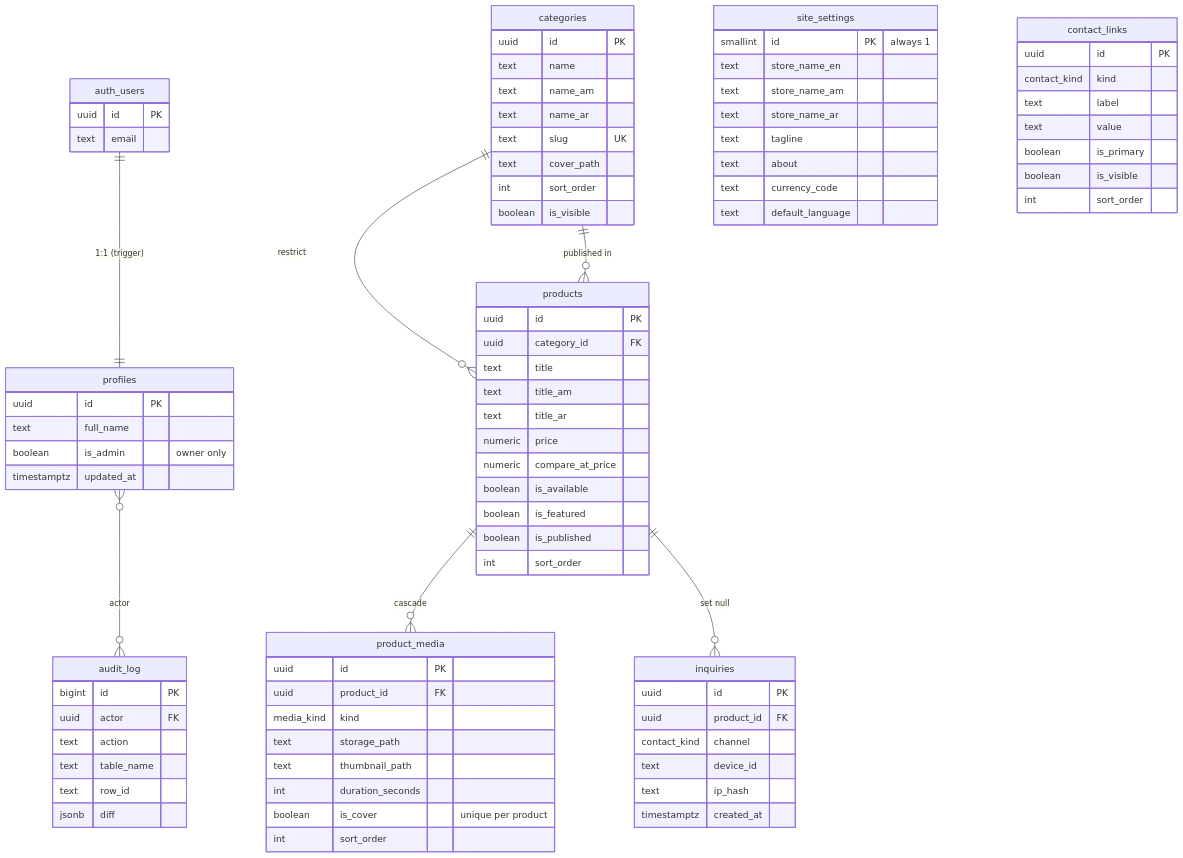
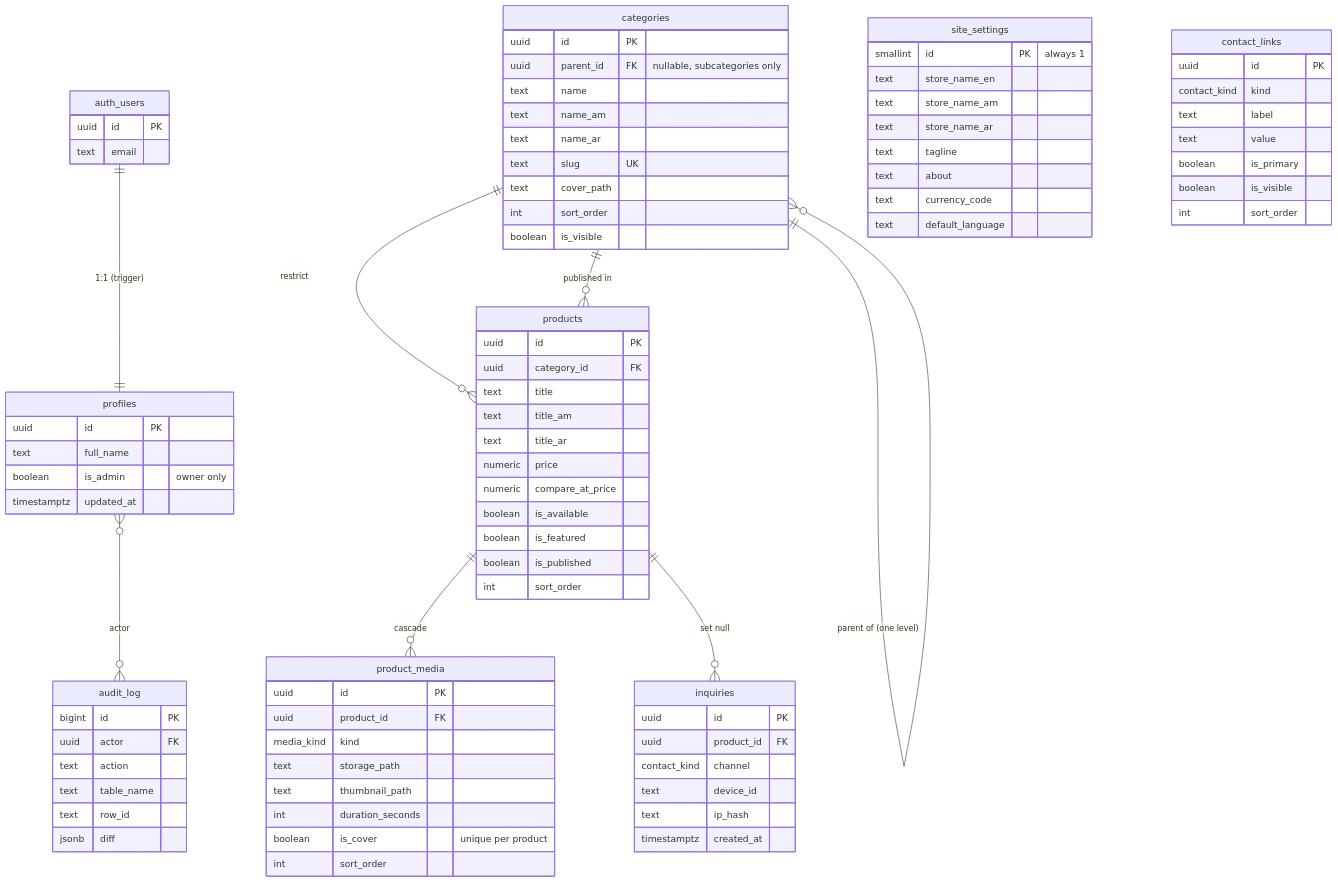
Before and after one commit to mededfami127-web/Amusheriff: the diagram in docs/DATABASE.md, drawn with Mermaid. The commit also changed other lines of this file and 39 other files, not shown here.

```diff
--- a/docs/DATABASE.md
+++ b/docs/DATABASE.md
@@ -13,6 +13,7 @@
     auth_users ||--|| profiles : "1:1 (trigger)"
     profiles }o--o{ audit_log : "actor"
     categories ||--o{ products : "restrict"
+    categories ||--o{ categories : "parent of (one level)"
     products ||--o{ product_media : "cascade"
     products ||--o{ inquiries : "set null"
     categories ||--o{ products : "published in"
@@ -39,6 +40,7 @@
     }
     categories {
         uuid id PK
+        uuid parent_id FK "nullable, subcategories only"
         text name
         text name_am
         text name_ar
```
